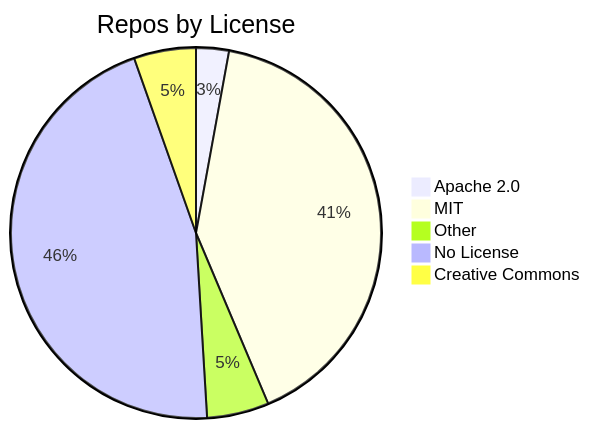
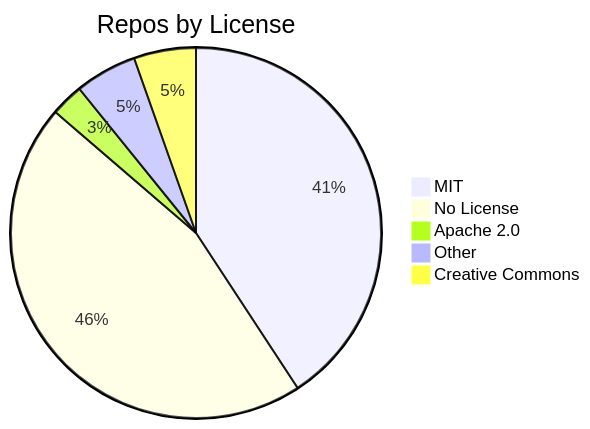
One commit to jpatterson933/awesome-mcp-server-repo-index changed the diagram in README.md. Above: the diagram before and after it, drawn with Mermaid. The commit also changed other lines of this file and 3 other files, not shown here.

````diff
--- a/README.md
+++ b/README.md
@@ -29,8 +29,8 @@
 ```mermaid
 pie title Repos by License
+    "MIT" : 128
+    "No License" : 143
     "Apache 2.0" : 9
-    "MIT" : 128
     "Other" : 17
-    "No License" : 143
     "Creative Commons" : 17
 ```
````
